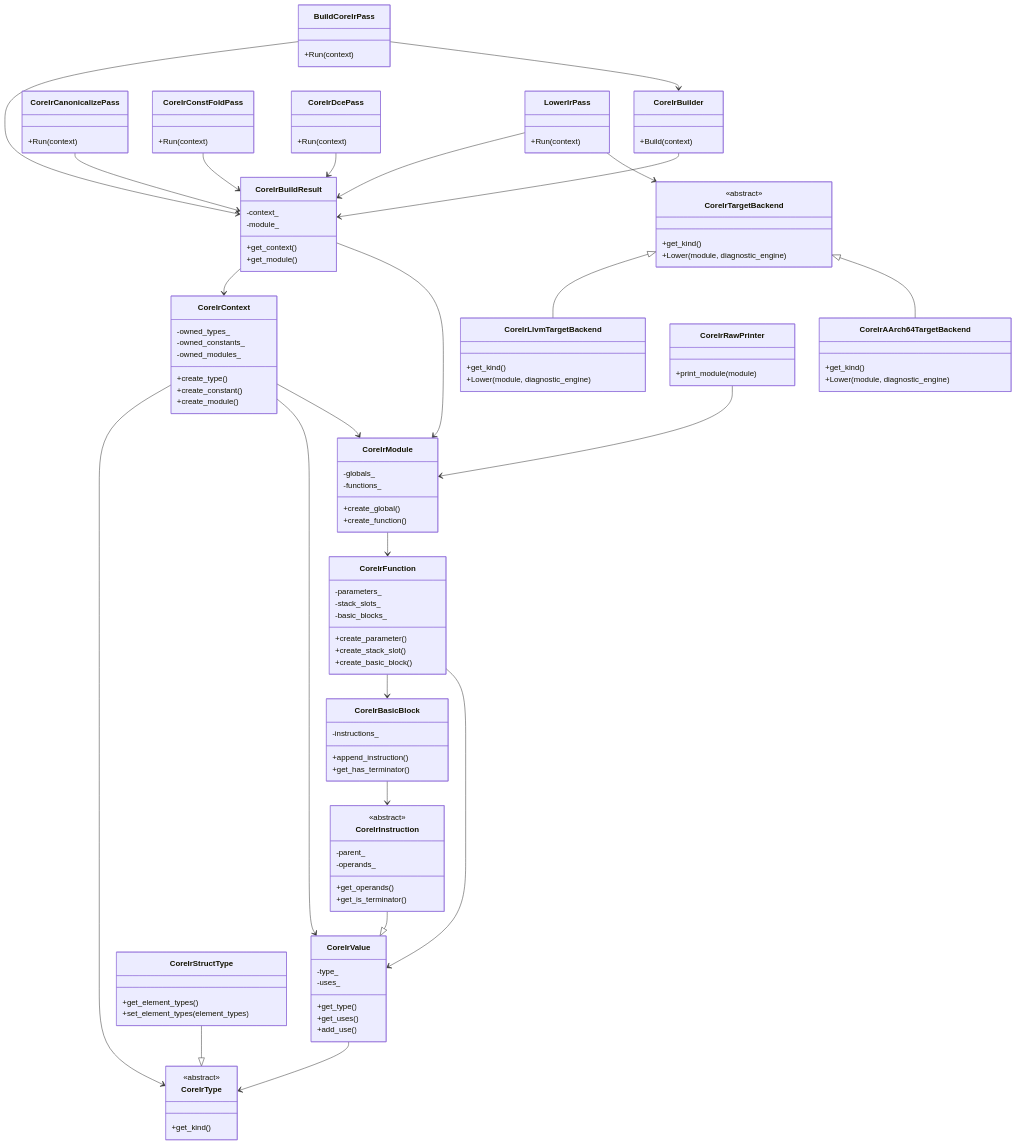
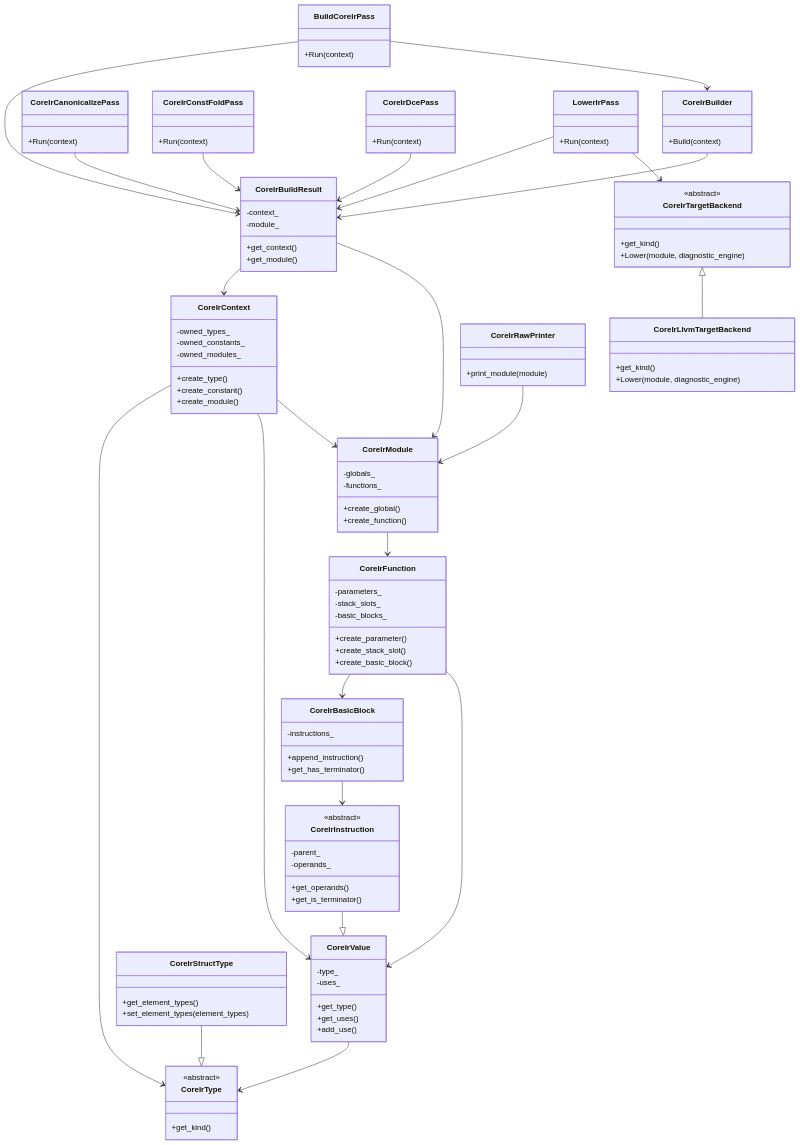
One commit to bbbbbq/SysyCC changed the second of 2 diagrams in doc/modules/class-relationships.md. Above: the diagram before and after it, drawn with Mermaid. The commit also changed other lines of this file and 2 other files, not shown here.

Commit message:
Document standalone AArch64 LLVM-IR codegen flow
Update IR/module docs with the LLVM-IR artifact boundary and add the
AArch64 LLVM backend plan record.

Constraint: Documentation must reflect the new library boundary for native AArch64
Rejected: Leave docs unchanged | would mislead contributors about CoreIR path
Confidence: medium
Scope-risk: narrow
Directive: Keep docs aligned with artifact-driven AArch64 codegen flow
Tested: cmake -S . -B build-ninja -G Ninja; cmake --build build-ninja
Not-tested: tests/run_all.sh

```diff
--- a/doc/modules/class-relationships.md
+++ b/doc/modules/class-relationships.md
@@ -2070,11 +2067,6 @@
     }
 
     class CoreIrLlvmTargetBackend {
-        +get_kind()
-        +Lower(module, diagnostic_engine)
-    }
-
-    class CoreIrAArch64TargetBackend {
         +get_kind()
         +Lower(module, diagnostic_engine)
     }
@@ -2149,7 +2141,6 @@
     LowerIrPass --> CoreIrBuildResult
     LowerIrPass --> CoreIrTargetBackend
     CoreIrTargetBackend <|-- CoreIrLlvmTargetBackend
-    CoreIrTargetBackend <|-- CoreIrAArch64TargetBackend
     CoreIrBuildResult --> CoreIrContext
     CoreIrBuildResult --> CoreIrModule
     CoreIrContext --> CoreIrType
```
